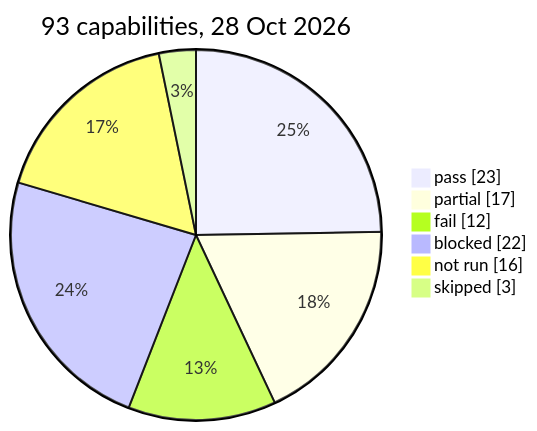
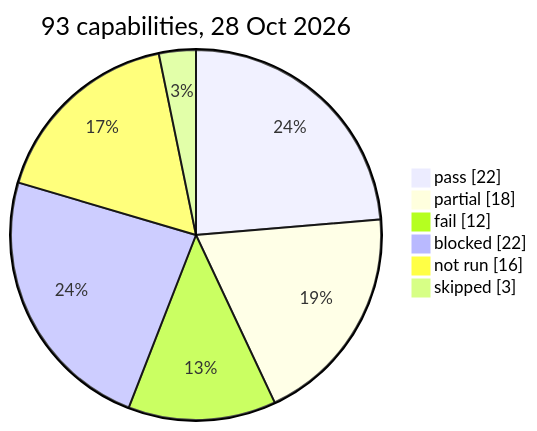
The diagram in docs/reports/autonomous-it-everis2/capabilities/50-test-plan.md (caabayfe/agenticsn), drawn with Mermaid before and after one commit. The commit also changed other lines of this file and 4 other files, not shown here.

````diff
--- a/docs/reports/autonomous-it-everis2/capabilities/50-test-plan.md
+++ b/docs/reports/autonomous-it-everis2/capabilities/50-test-plan.md
@@ -41,9 +45,9 @@
 ```mermaid
 pie showData title 93 capabilities, 28 Oct 2026
-  "pass" : 23
-  "partial" : 17
+  "pass" : 22
+  "partial" : 18
   "fail" : 12
   "blocked" : 22
   "not run" : 16
   "skipped" : 3
 ```
````
